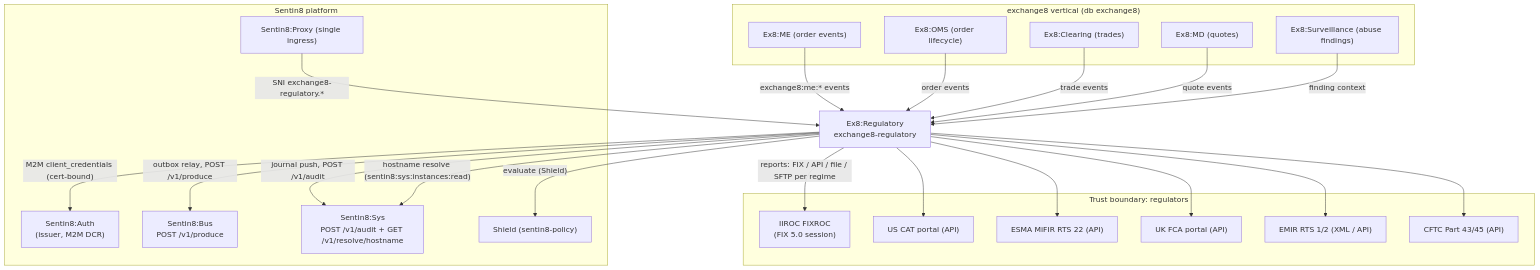
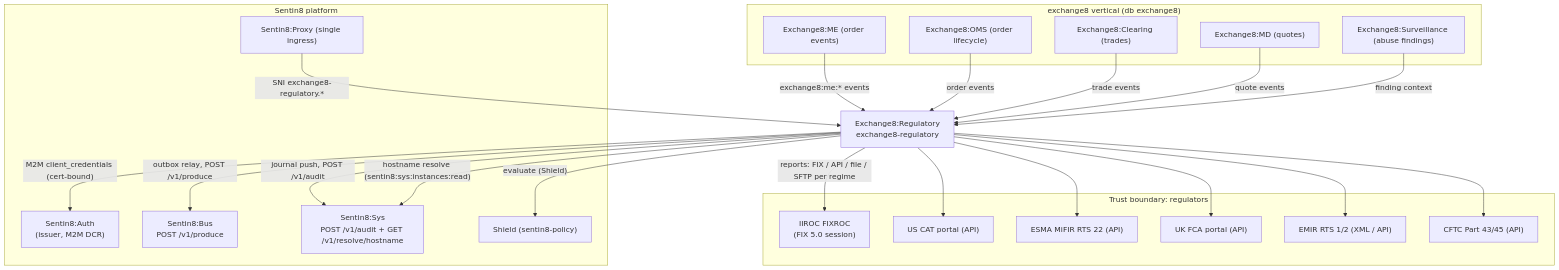
The first of 18 diagrams in DESIGN.md (Exchange8-dev/exchange8-regulatory), drawn with Mermaid before and after one commit. The commit also changed other lines of this file and 6 other files, not shown here.

````diff
--- a/DESIGN.md
+++ b/DESIGN.md
@@ -38,47 +38,47 @@
 ```mermaid
 graph TD
     subgraph vertical["exchange8 vertical (db exchange8)"]
-        ME["Ex8:ME (order events)"]
-        OMS["Ex8:OMS (order lifecycle)"]
-        CLEARING["Ex8:Clearing (trades)"]
-        MD["Ex8:MD (quotes)"]
-        SURV["Ex8:Surveillance (abuse findings)"]
+        ME["Exchange8:ME (order events)"]
+        OMS["Exchange8:OMS (order lifecycle)"]
+        CLEARING["Exchange8:Clearing (trades)"]
+        MD["Exchange8:MD (quotes)"]
+        SURV["Exchange8:Surveillance (abuse findings)"]
     end
 
     subgraph regulators["Trust boundary: regulators"]
         IIROC["IIROC FIXROC<br/>(FIX 5.0 session)"]
         CAT["US CAT portal (API)"]
         ESMA["ESMA MiFIR RTS 22 (API)"]
         FCAQ["UK FCA portal (API)"]
         EMIRQ["EMIR RTS 1/2 (XML / API)"]
         CFTC["CFTC Part 43/45 (API)"]
     end
 
     subgraph platform["Sentin8 platform"]
         AUTH["Sentin8:Auth<br/>(issuer, M2M DCR)"]
         BUSS["Sentin8:Bus<br/>POST /v1/produce"]
         SYSS["Sentin8:Sys<br/>POST /v1/audit + GET /v1/resolve/hostname"]
         SHIELD["Shield (sentin8-policy)"]
         PROXY["Sentin8:Proxy (single ingress)"]
     end
 
-    SVC["Ex8:Regulatory<br/>exchange8-regulatory"]
+    SVC["Exchange8:Regulatory<br/>exchange8-regulatory"]
 
     ME -->|"exchange8:me:* events"| SVC
     OMS -->|"order events"| SVC
     CLEARING -->|"trade events"| SVC
     MD -->|"quote events"| SVC
     SURV -->|"finding context"| SVC
     SVC -->|"M2M client_credentials (cert-bound)"| AUTH
     SVC -->|"outbox relay, POST /v1/produce"| BUSS
     SVC -->|"journal push, POST /v1/audit"| SYSS
     SVC -->|"reports: FIX / API / file / SFTP per regime"| IIROC
     SVC --> CAT
     SVC --> ESMA
     SVC --> FCAQ
     SVC --> EMIRQ
     SVC --> CFTC
     SVC -->|"evaluate (Shield)"| SHIELD
     PROXY -->|"SNI exchange8-regulatory.*"| SVC
     SVC -->|"hostname resolve (sentin8:sys:instances:read)"| SYSS
 ```
````
